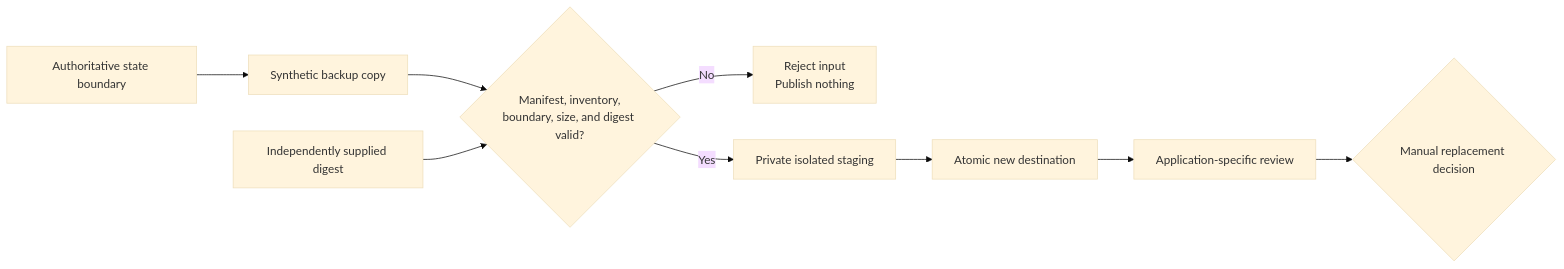
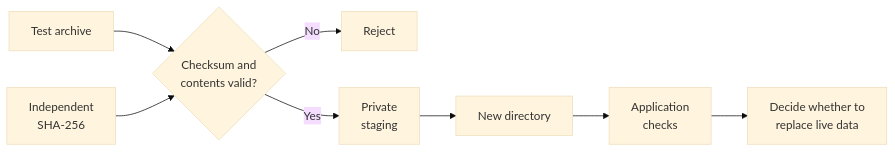
One commit to arviiyer/tamriel-homelab changed the diagram in docs/case-studies/recovery-and-storage-dependencies.md. Above: the diagram before and after it, drawn with Mermaid (base theme). The commit also changed other lines of this file and 38 other files, not shown here.

````diff
--- a/docs/case-studies/recovery-and-storage-dependencies.md
+++ b/docs/case-studies/recovery-and-storage-dependencies.md
@@ -57,18 +18,10 @@
 ```mermaid
 flowchart LR
-    authority[Authoritative state boundary]
-    copy[Synthetic backup copy]
-    digest[Independently supplied digest]
-    verify{Manifest, inventory,<br/>boundary, size, and digest valid?}
-    reject[Reject input<br/>Publish nothing]
-    stage[Private isolated staging]
-    publish[Atomic new destination]
-    validate[Application-specific review]
-    decision{Manual replacement decision}
-
-    authority --> copy
-    copy --> verify
-    digest --> verify
-    verify -- No --> reject
-    verify -- Yes --> stage --> publish --> validate --> decision
+    archive[Test archive] --> verify{Checksum and<br/>contents valid?}
+    digest[Independent<br/>SHA-256] --> verify
+    verify -- No --> reject[Reject]
+    verify -- Yes --> stage[Private<br/>staging]
+    stage --> destination[New directory]
+    destination --> review[Application<br/>checks]
+    review --> decision[Decide whether to<br/>replace live data]
 ```
````
